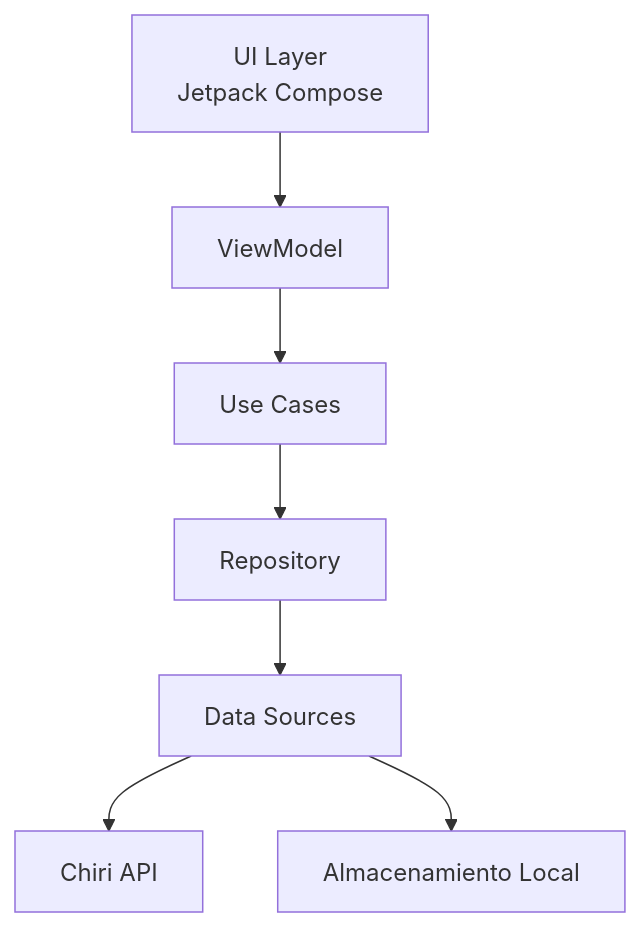
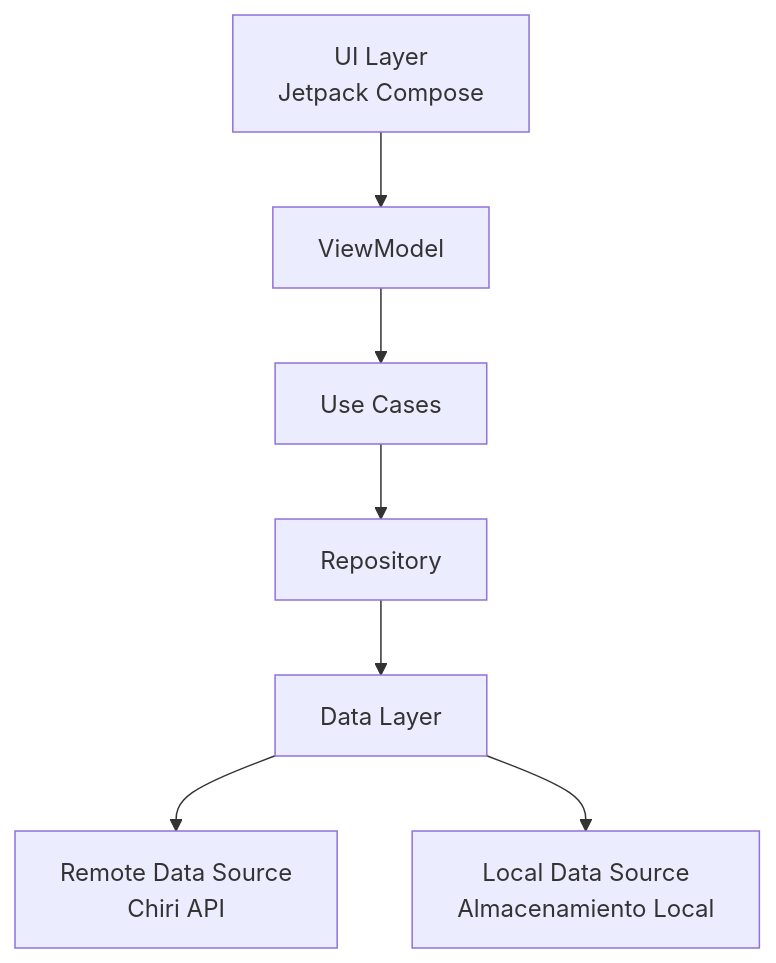
One commit to chirijose79-ui/Chiri changed the second of 21 diagrams in docs/040_Android.md. Above: the diagram before and after it, drawn with Mermaid. The commit also changed other lines of this file, not shown here.

Commit message:
docs(android): finalize android architecture

````diff
--- a/docs/040_Android.md
+++ b/docs/040_Android.md
@@ -181,26 +182,26 @@
-```mermaid id="4x7m2p"
+```mermaid
 flowchart TB
 
     UI["UI Layer<br/>Jetpack Compose"]
 
     VM["ViewModel"]
 
     UseCase["Use Cases"]
 
     Repository["Repository"]
 
-    Data["Data Sources"]
+    Data["Data Layer"]
 
-    API["Chiri API"]
+    Remote["Remote Data Source<br/>Chiri API"]
 
-    Local["Almacenamiento Local"]
+    Local["Local Data Source<br/>Almacenamiento Local"]
 
 
     UI --> VM
     VM --> UseCase
     UseCase --> Repository
     Repository --> Data
 
-    Data --> API
+    Data --> Remote
     Data --> Local
 ```
````
